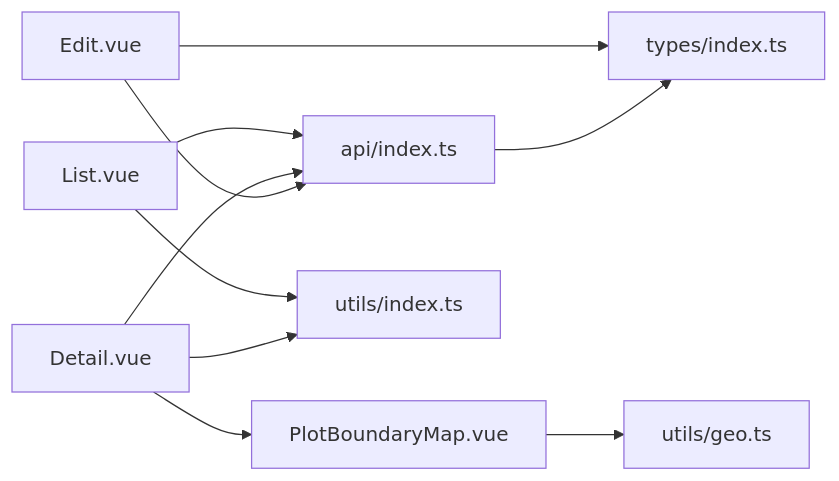
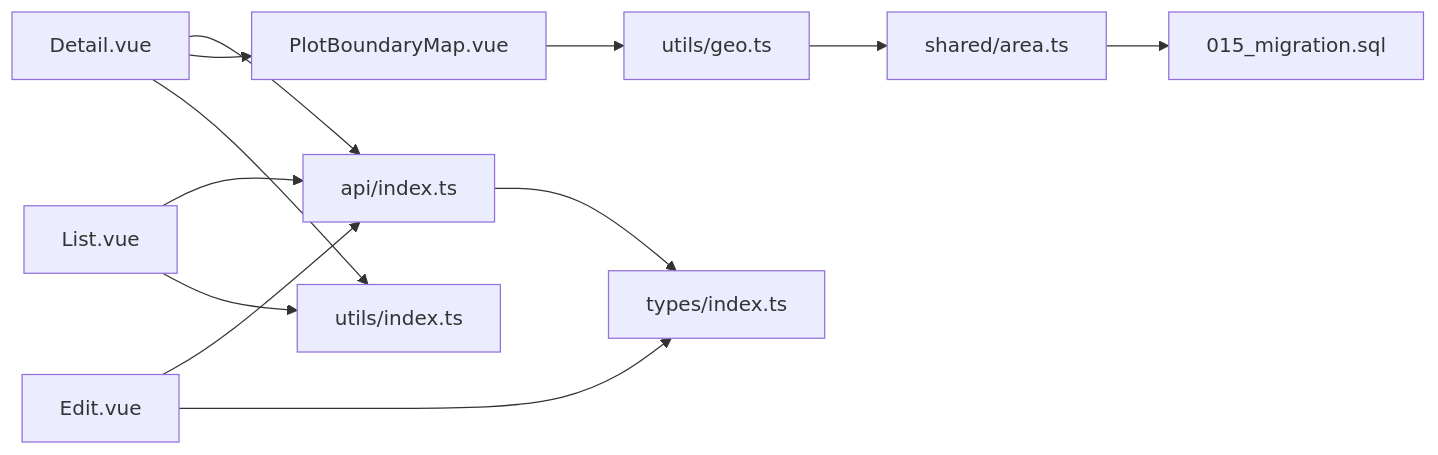
The tenth of 10 diagrams in .qoder/repowiki/zh/content/前端应用文档/核心页面/地块管理页面/地块管理页面.md (q446328246/agri-platform), drawn with Mermaid before and after one commit. The commit also changed other lines of this file and 37 other files, not shown here.

````diff
--- a/.qoder/repowiki/zh/content/前端应用文档/核心页面/地块管理页面/地块管理页面.md
+++ b/.qoder/repowiki/zh/content/前端应用文档/核心页面/地块管理页面/地块管理页面.md
@@ -395,12 +465,14 @@
 ```mermaid
 graph LR
 List["List.vue"] --> Api["api/index.ts"]
 Detail["Detail.vue"] --> Api
 Edit["Edit.vue"] --> Api
 Detail --> Map["PlotBoundaryMap.vue"]
 Map --> Geo["utils/geo.ts"]
 List --> Common["utils/index.ts"]
 Detail --> Common
 Edit --> Types["types/index.ts"]
 Api --> Types
+Geo --> Shared["shared/area.ts"]
+Shared --> Migration["015_migration.sql"]
 ```
````
